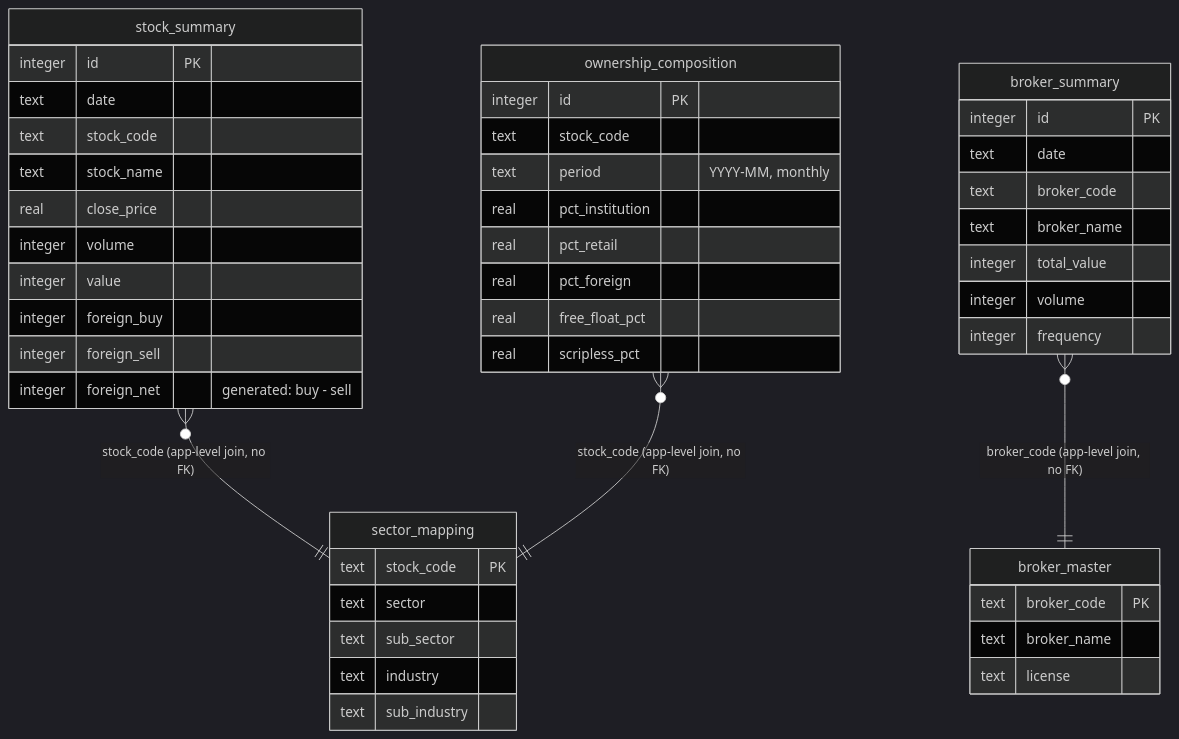
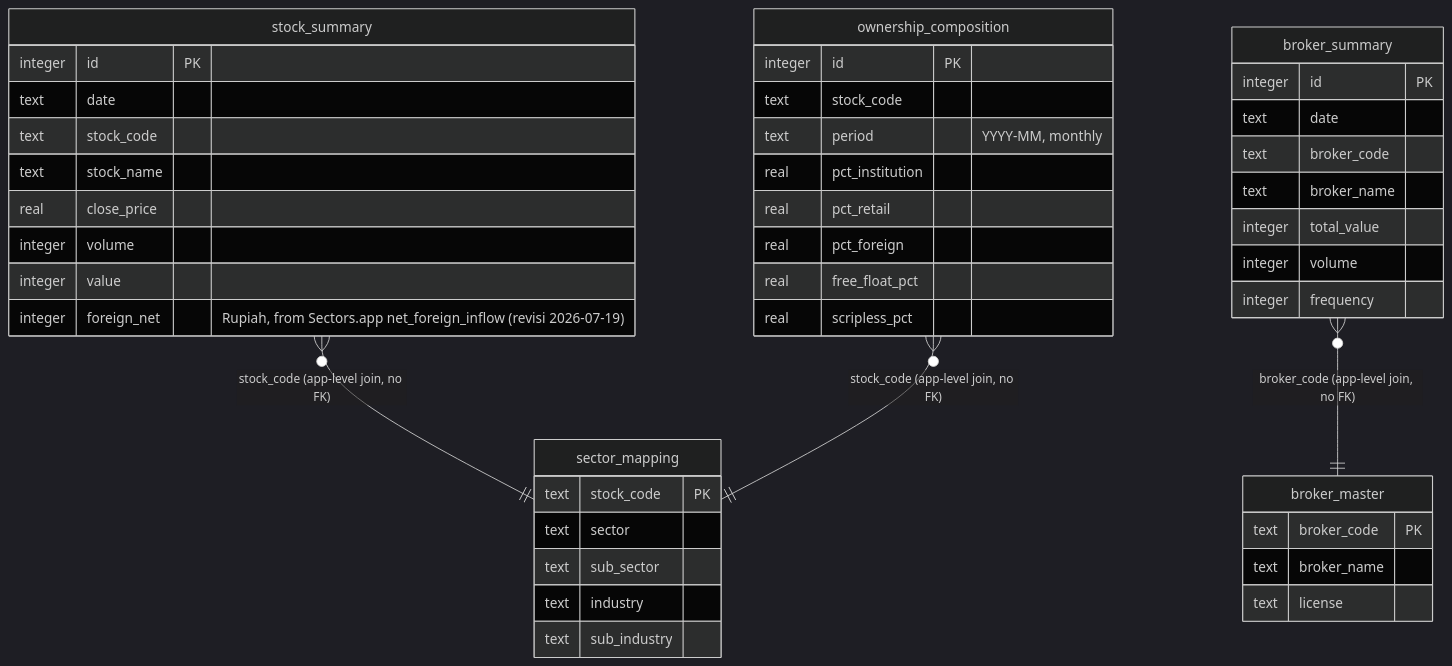
One commit to osindo-dev/elona changed the diagram in docs/schema-diagram.md. Above: the diagram before and after it, drawn with Mermaid (dark theme). The commit also changed other lines of this file and 3 other files, not shown here.

````diff
--- a/docs/schema-diagram.md
+++ b/docs/schema-diagram.md
@@ -21,54 +21,52 @@
 ```mermaid
 erDiagram
     stock_summary {
         integer id PK
         text date
         text stock_code
         text stock_name
         real close_price
         integer volume
         integer value
-        integer foreign_buy
-        integer foreign_sell
-        integer foreign_net "generated: buy - sell"
+        integer foreign_net "Rupiah, from Sectors.app net_foreign_inflow (revisi 2026-07-19)"
     }
 
     broker_summary {
         integer id PK
         text date
         text broker_code
         text broker_name
         integer total_value
         integer volume
         integer frequency
     }
 
     broker_master {
         text broker_code PK
         text broker_name
         text license
     }
 
     sector_mapping {
         text stock_code PK
         text sector
         text sub_sector
         text industry
         text sub_industry
     }
 
     ownership_composition {
         integer id PK
         text stock_code
         text period "YYYY-MM, monthly"
         real pct_institution
         real pct_retail
         real pct_foreign
         real free_float_pct
         real scripless_pct
     }
 
     broker_summary }o--|| broker_master : "broker_code (app-level join, no FK)"
     stock_summary }o--|| sector_mapping : "stock_code (app-level join, no FK)"
     ownership_composition }o--|| sector_mapping : "stock_code (app-level join, no FK)"
 ```
````
